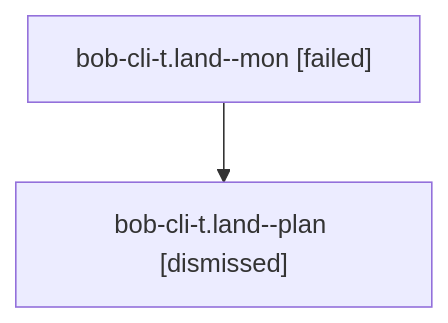
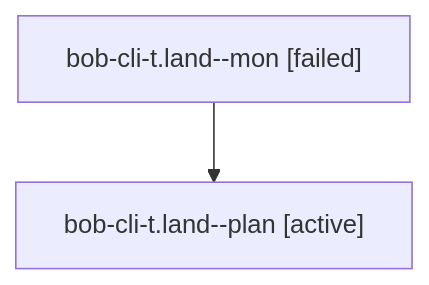
The diagram in families/bbugyi200.athena.bob-cli-t.land.md (bobs-org/bob-cli--agents), drawn with Mermaid before and after one commit. The commit also changed other lines of this file and 1279 other files, not shown here.

````diff
--- a/families/bbugyi200.athena.bob-cli-t.land.md
+++ b/families/bbugyi200.athena.bob-cli-t.land.md
@@ -9,6 +9,6 @@
 ```mermaid
 flowchart TD
   n0["bob-cli-t.land--mon [failed]"]
-  n1["bob-cli-t.land--plan [dismissed]"]
+  n1["bob-cli-t.land--plan [active]"]
   n0 --> n1
 ```
````
